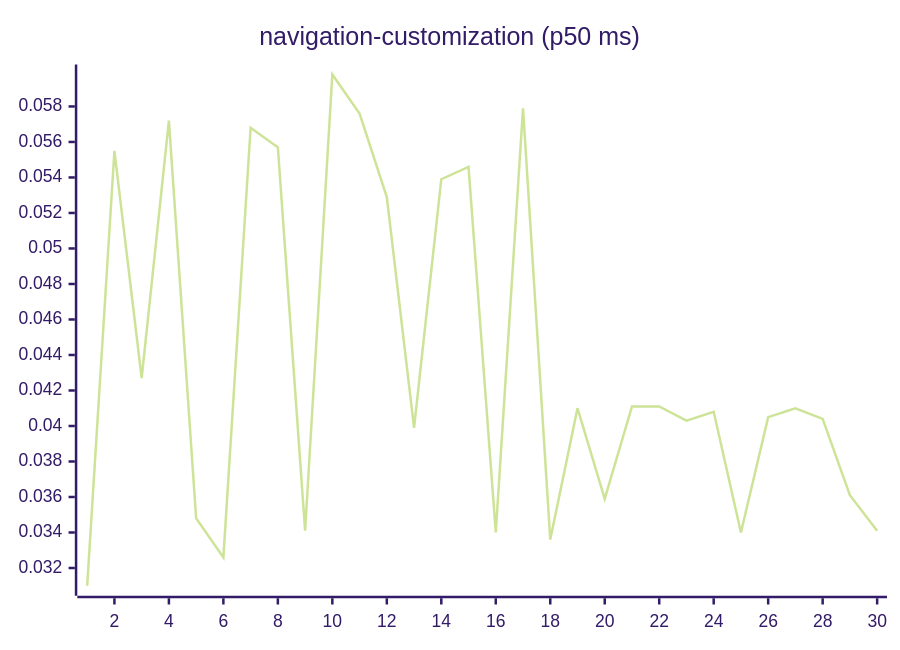
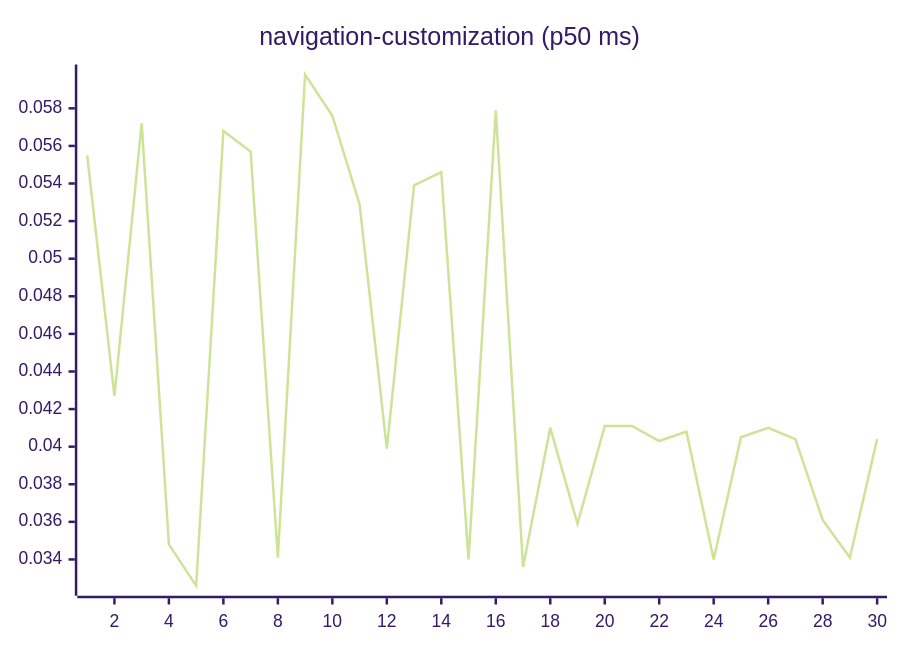
Before and after one commit to josha/Facet: diagram 15 of 27 in README.md, drawn with Mermaid (forest theme). The commit also changed other lines of this file and 2 other files, not shown here.

````diff
--- a/README.md
+++ b/README.md
@@ -161,6 +161,6 @@
 ```mermaid
 xychart-beta
     title "navigation-customization (p50 ms)"
     x-axis 1 --> 30
-    line [0.0310, 0.0555, 0.0427, 0.0572, 0.0348, 0.0326, 0.0568, 0.0557, 0.0341, 0.0598, 0.0576, 0.0529, 0.0399, 0.0539, 0.0546, 0.0340, 0.0579, 0.0336, 0.0410, 0.0359, 0.0411, 0.0411, 0.0403, 0.0408, 0.0340, 0.0405, 0.0410, 0.0404, 0.0361, 0.0341]
+    line [0.0555, 0.0427, 0.0572, 0.0348, 0.0326, 0.0568, 0.0557, 0.0341, 0.0598, 0.0576, 0.0529, 0.0399, 0.0539, 0.0546, 0.0340, 0.0579, 0.0336, 0.0410, 0.0359, 0.0411, 0.0411, 0.0403, 0.0408, 0.0340, 0.0405, 0.0410, 0.0404, 0.0361, 0.0341, 0.0404]
 ```
````
